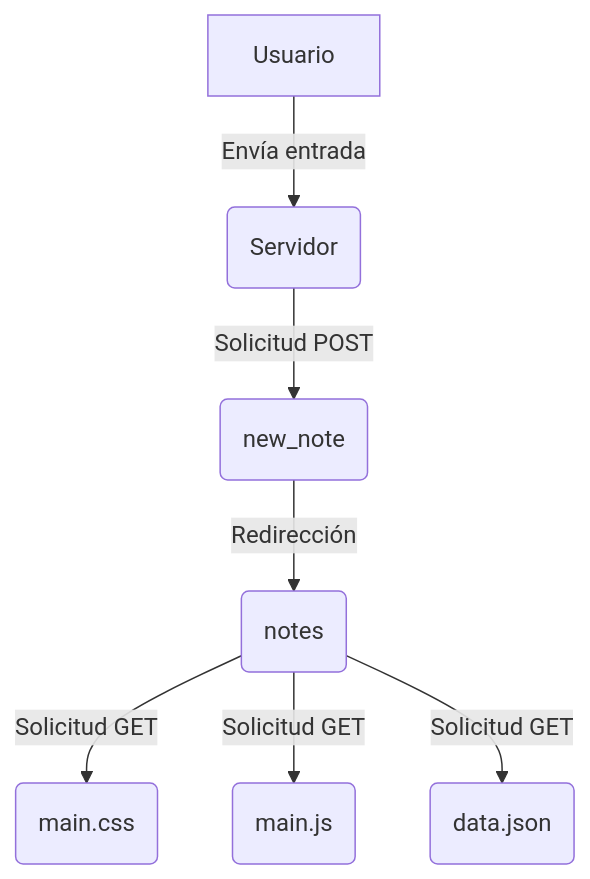
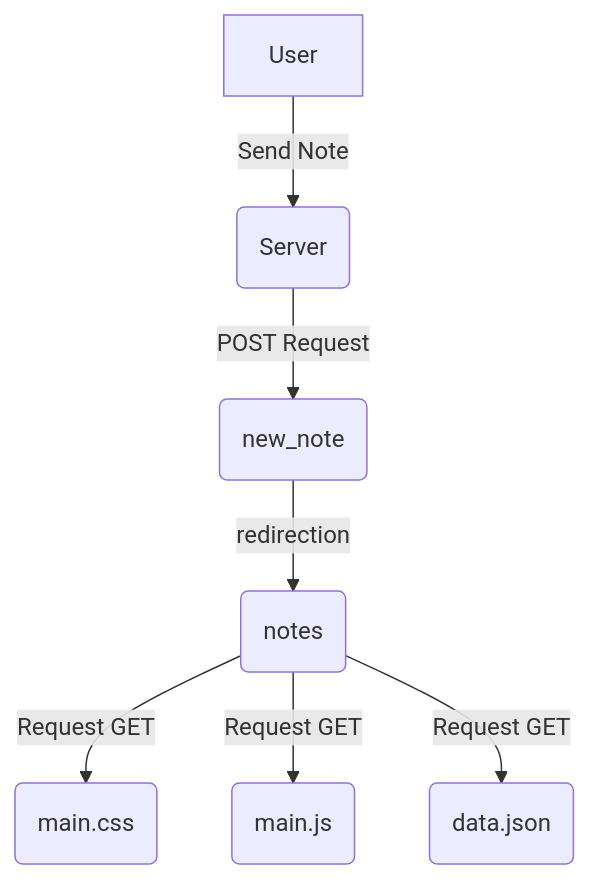
One commit to OmAn94/Markdown changed the third of 3 diagrams in README.md. Above: the diagram before and after it, drawn with Mermaid. The commit also changed other lines of this file, not shown here.

````diff
--- a/README.md
+++ b/README.md
@@ -35,10 +21,10 @@
 ```mermaid
 graph TD;
-    A[Usuario] -->|Envía entrada| B(Servidor);
-    B -->|Solicitud POST| C(new_note);
-    C -->|Redirección| D(notes);
-    D -->|Solicitud GET| E(main.css);
-    D -->|Solicitud GET| F(main.js);
-    D -->|Solicitud GET| G(data.json);
+    A[User] -->|Send Note| B(Server);
+    B -->| POST Request| C(new_note);
+    C -->|redirection| D(notes);
+    D -->|Request GET| E(main.css);
+    D -->|Request GET| F(main.js);
+    D -->|Request GET| G(data.json);
 
 ```
````
